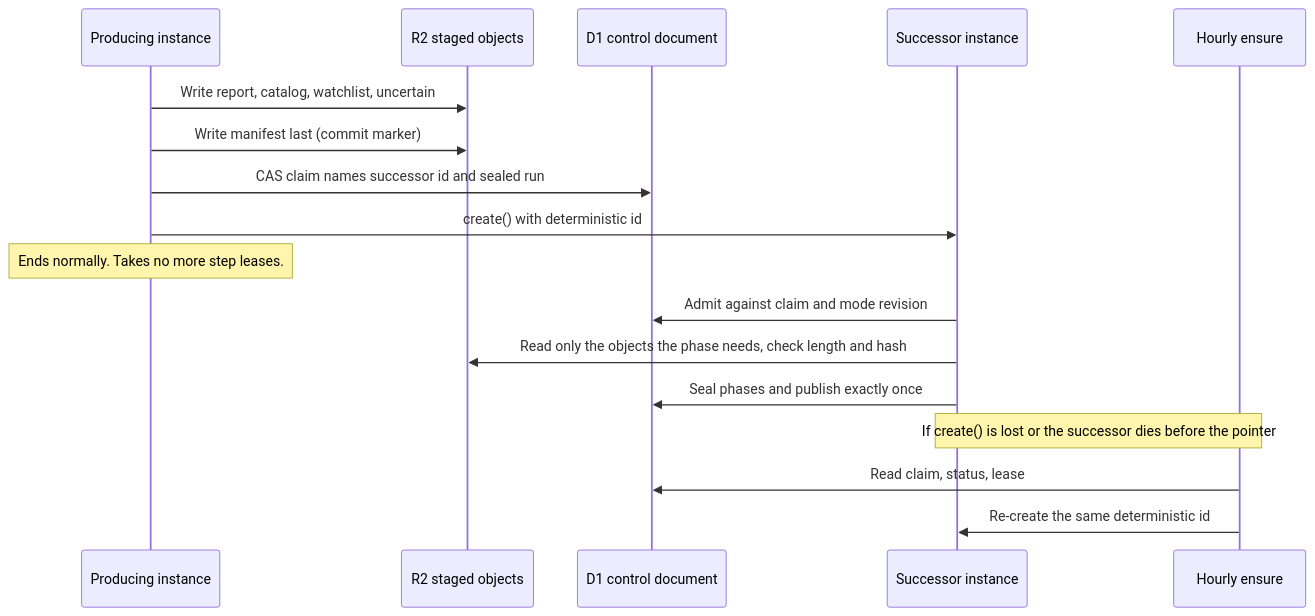
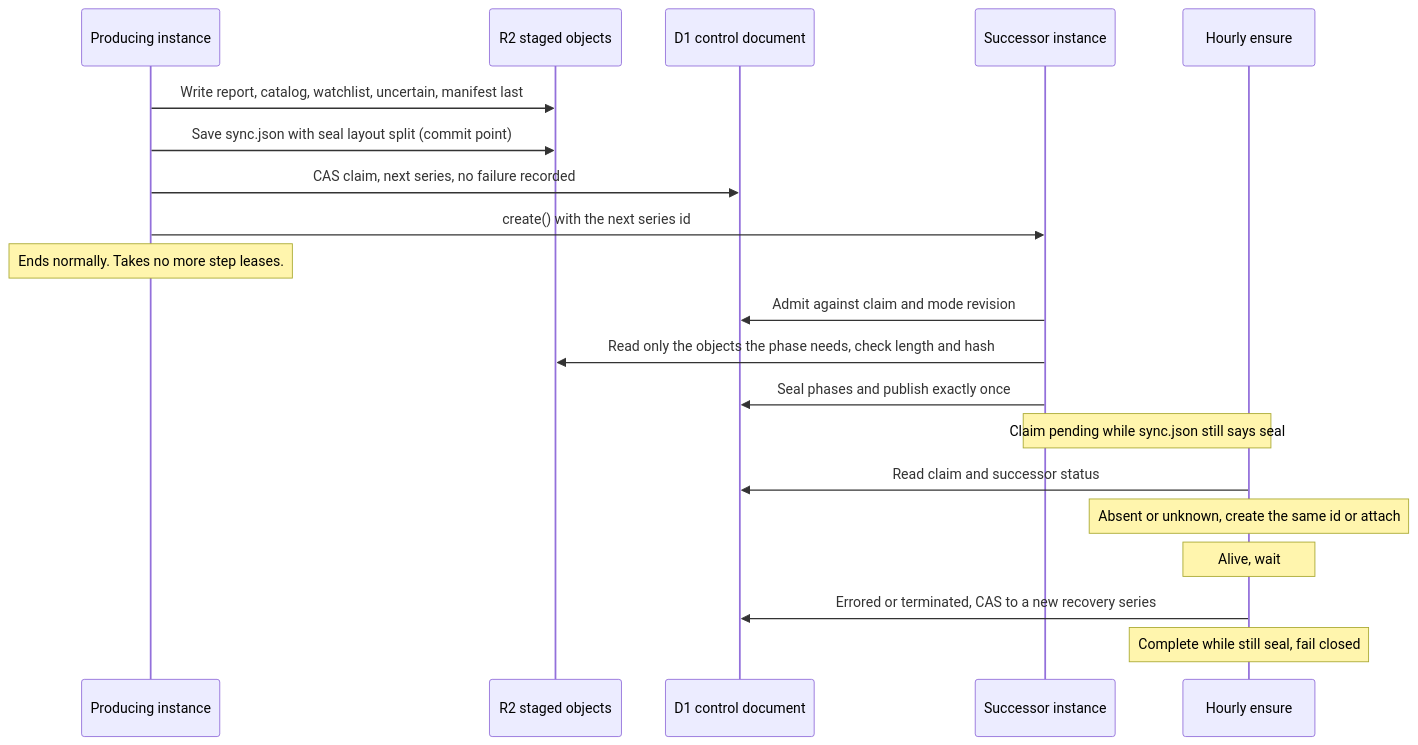
One commit to vladimino/iptv-watchlist changed the seventh of 12 diagrams in docs/architecture/scheduling-and-orchestration.md. Above: the diagram before and after it, drawn with Mermaid. The commit also changed other lines of this file and 3 other files, not shown here.

Commit message:
docs(adr): ADR 0144 review fixes: terminal-instance recovery, day-roll and legacy layout, retention as open obligation

````diff
--- a/docs/architecture/scheduling-and-orchestration.md
+++ b/docs/architecture/scheduling-and-orchestration.md
@@ -216,19 +216,22 @@
 ```mermaid
 sequenceDiagram
     participant P as Producing instance
     participant R2 as R2 staged objects
     participant C as D1 control document
     participant S as Successor instance
     participant H as Hourly ensure
-    P->>R2: Write report, catalog, watchlist, uncertain
-    P->>R2: Write manifest last (commit marker)
-    P->>C: CAS claim names successor id and sealed run
-    P->>S: create() with deterministic id
+    P->>R2: Write report, catalog, watchlist, uncertain, manifest last
+    P->>R2: Save sync.json with seal layout split (commit point)
+    P->>C: CAS claim, next series, no failure recorded
+    P->>S: create() with the next series id
     Note over P: Ends normally. Takes no more step leases.
     S->>C: Admit against claim and mode revision
     S->>R2: Read only the objects the phase needs, check length and hash
     S->>C: Seal phases and publish exactly once
-    Note over H,S: If create() is lost or the successor dies before the pointer
-    H->>C: Read claim, status, lease
-    H->>S: Re-create the same deterministic id
+    Note over H,S: Claim pending while sync.json still says seal
+    H->>C: Read claim and successor status
+    Note over H: Absent or unknown, create the same id or attach
+    Note over H: Alive, wait
+    H->>C: Errored or terminated, CAS to a new recovery series
+    Note over H: Complete while still seal, fail closed
 ```
````
